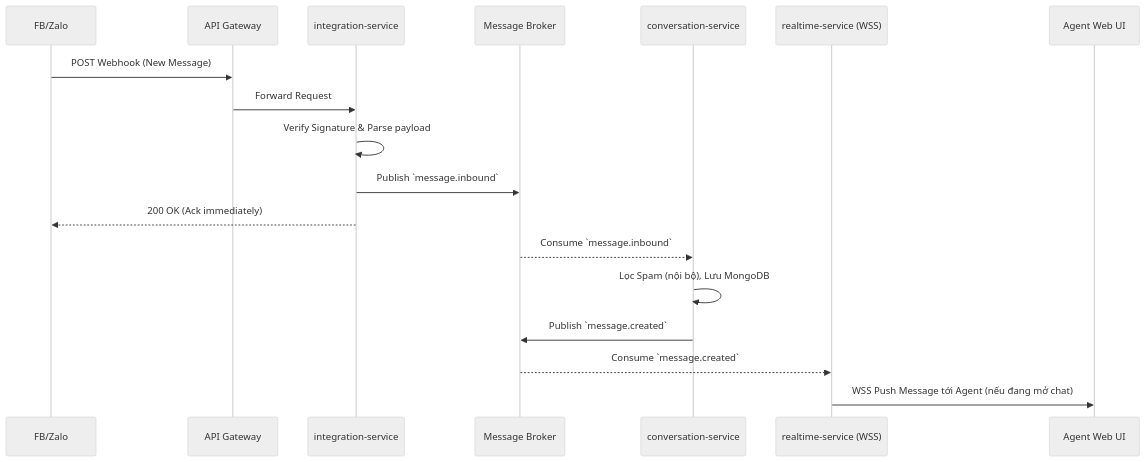
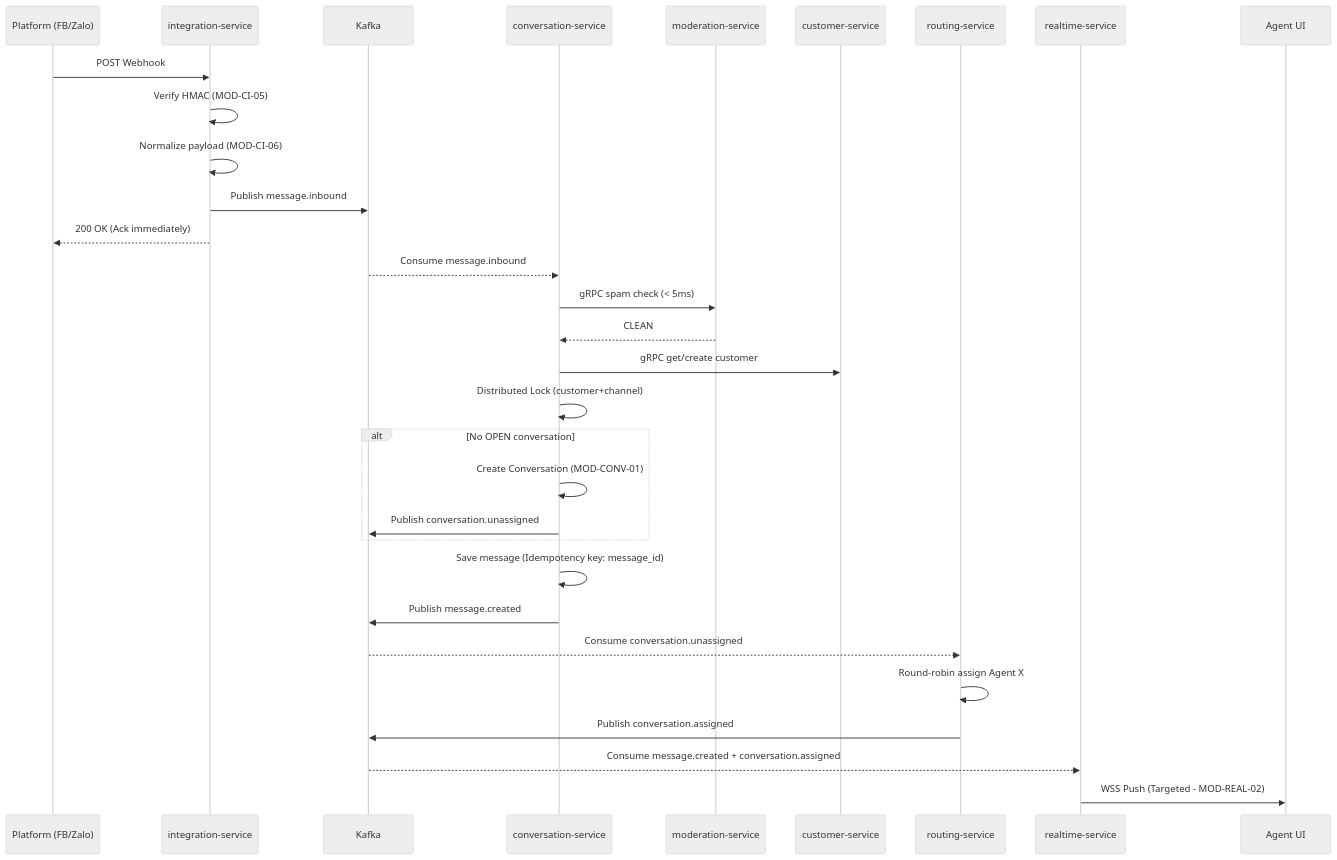
Before and after one commit to vutiendat24/omniChat: the fifth of 10 diagrams in docs/HLD.md, drawn with Mermaid (neutral theme). The commit also changed other lines of this file and 3 other files, not shown here.

````diff
--- a/docs/HLD.md
+++ b/docs/HLD.md
@@ -152,23 +370,37 @@
 ```mermaid
 sequenceDiagram
-    participant Platform as FB/Zalo
-    participant GW as API Gateway
+    participant P as Platform (FB/Zalo)
     participant INTEG as integration-service
-    participant Kafka as Message Broker
+    participant Kafka as Kafka
     participant CONV as conversation-service
-    participant RT as realtime-service (WSS)
-    participant UI as Agent Web UI
+    participant MOD as moderation-service
+    participant CUST as customer-service
+    participant ROUT as routing-service
+    participant RT as realtime-service
+    participant UI as Agent UI
 
-    Platform->>GW: POST Webhook (New Message)
-    GW->>INTEG: Forward Request
-    INTEG->>INTEG: Verify Signature & Parse payload
-    INTEG->>Kafka: Publish `message.inbound`
-    INTEG-->>Platform: 200 OK (Ack immediately)
-    
-    Kafka-->>CONV: Consume `message.inbound`
-    CONV->>CONV: Lọc Spam (nội bộ), Lưu MongoDB
-    CONV->>Kafka: Publish `message.created`
-    
-    Kafka-->>RT: Consume `message.created`
-    RT->>UI: WSS Push Message tới Agent (nếu đang mở chat)
+    P->>INTEG: POST Webhook
+    INTEG->>INTEG: Verify HMAC (MOD-CI-05)
+    INTEG->>INTEG: Normalize payload (MOD-CI-06)
+    INTEG->>Kafka: Publish message.inbound
+    INTEG-->>P: 200 OK (Ack immediately)
+
+    Kafka-->>CONV: Consume message.inbound
+    CONV->>MOD: gRPC spam check (< 5ms)
+    MOD-->>CONV: CLEAN
+    CONV->>CUST: gRPC get/create customer
+    CONV->>CONV: Distributed Lock (customer+channel)
+    alt No OPEN conversation
+        CONV->>CONV: Create Conversation (MOD-CONV-01)
+        CONV->>Kafka: Publish conversation.unassigned
+    end
+    CONV->>CONV: Save message (Idempotency key: message_id)
+    CONV->>Kafka: Publish message.created
+
+    Kafka-->>ROUT: Consume conversation.unassigned
+    ROUT->>ROUT: Round-robin assign Agent X
+    ROUT->>Kafka: Publish conversation.assigned
+
+    Kafka-->>RT: Consume message.created + conversation.assigned
+    RT->>UI: WSS Push (Targeted - MOD-REAL-02)
 ```
````
